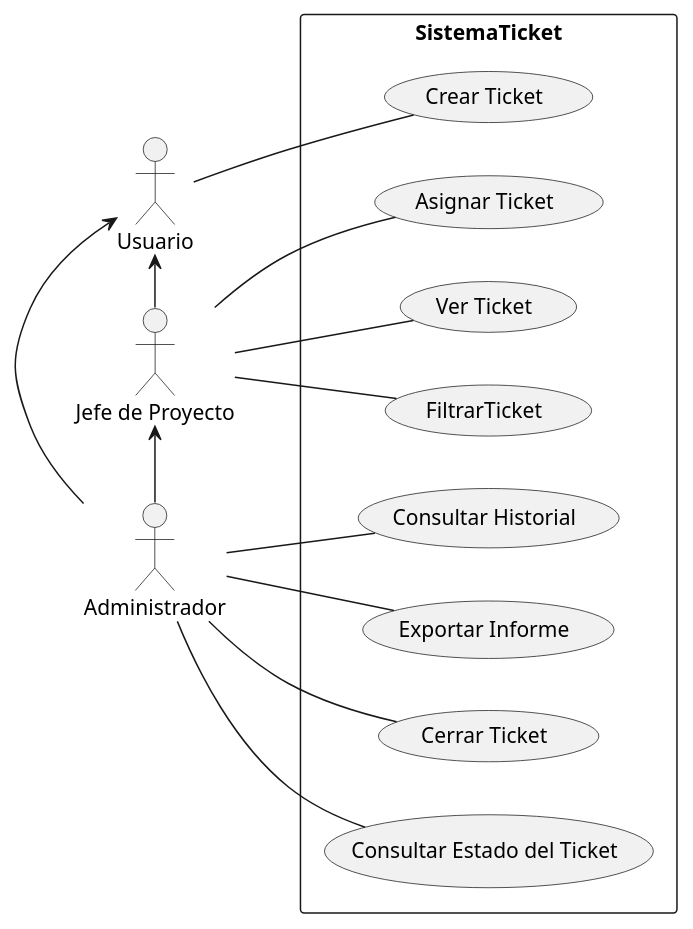
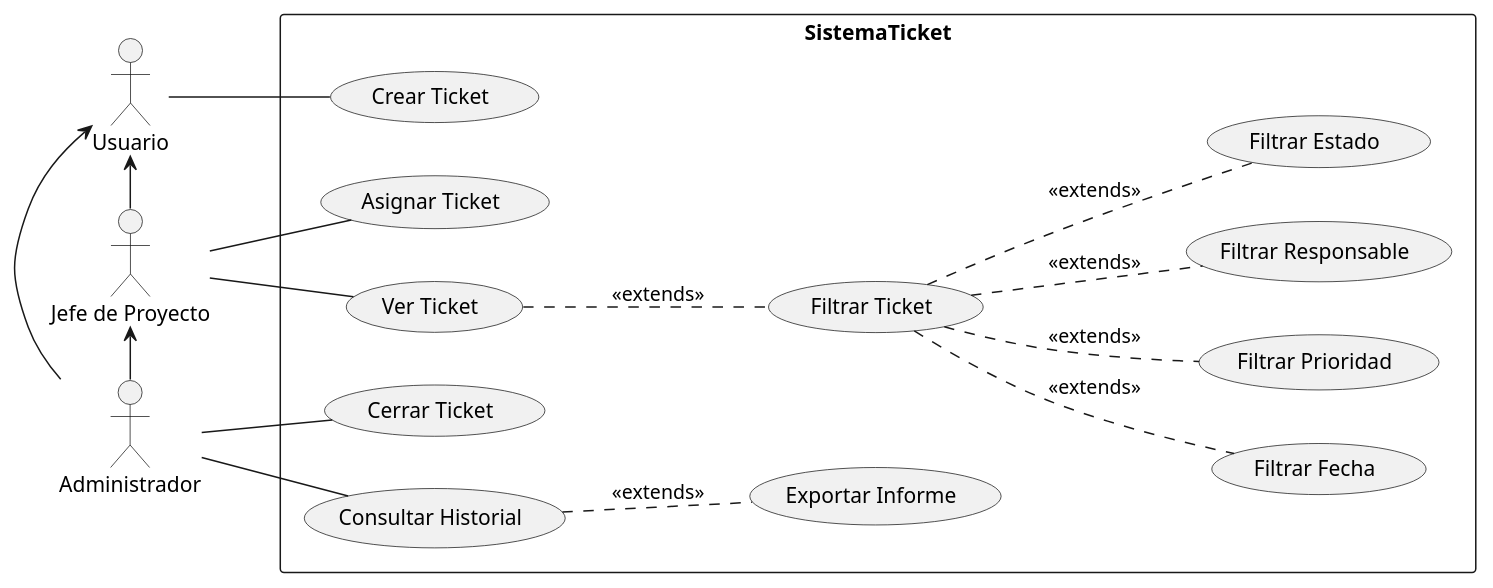
Before and after one commit to mmasias/23-24-IdSw1-SDR: the diagram in modelosUML/CasosDeUsos/CDU SistemaTicket.puml, drawn with PlantUML.

Commit message:
Modificación del caso de uso SistemaTicket

```diff
--- a/modelosUML/CasosDeUsos/CDU SistemaTicket.puml
+++ b/modelosUML/CasosDeUsos/CDU SistemaTicket.puml
@@ -1,23 +1,26 @@
 @startuml
 
 left to right direction
 
 actor "Jefe de Proyecto" as JefeProyecto
 actor Administrador as Admin
 actor Usuario as Usuario
 
 rectangle SistemaTicket{
     Usuario -l- (Crear Ticket)
     JefeProyecto -l-> Usuario
     JefeProyecto -- (Asignar Ticket)
     JefeProyecto -- (Ver Ticket)
-    JefeProyecto -- (FiltrarTicket)
+    (Ver Ticket) .. (Filtrar Ticket) : <<extends>>
+    (Filtrar Ticket) .. (Filtrar Fecha) : <<extends>>
+    (Filtrar Ticket) .. (Filtrar Prioridad) : <<extends>>
+    (Filtrar Ticket) .. (Filtrar Responsable) : <<extends>>
+    (Filtrar Ticket) .. (Filtrar Estado) : <<extends>>
     Admin -l-> Usuario
     Admin -l-> JefeProyecto
     Admin -- (Consultar Historial)
-    Admin -- (Exportar Informe)
+    (Consultar Historial) .. (Exportar Informe) : <<extends>>
     Admin -- (Cerrar Ticket)
-    Admin -- (Consultar Estado del Ticket)
 }
 
 @enduml
```
